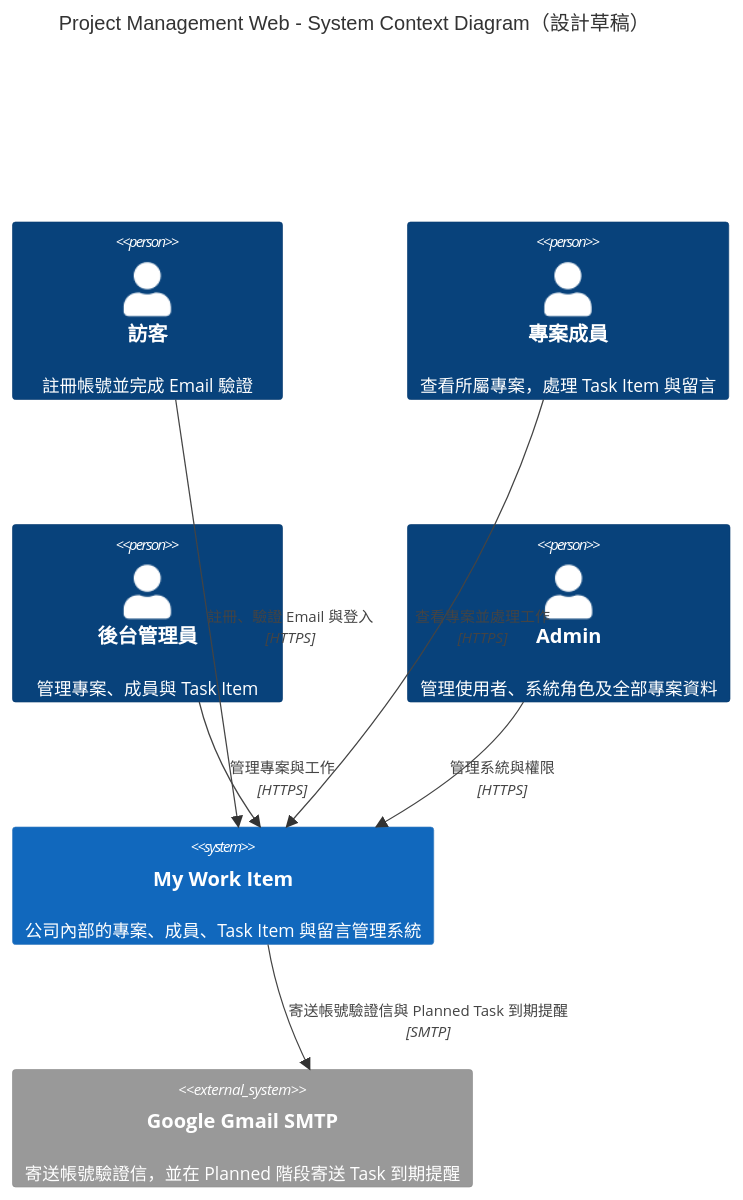
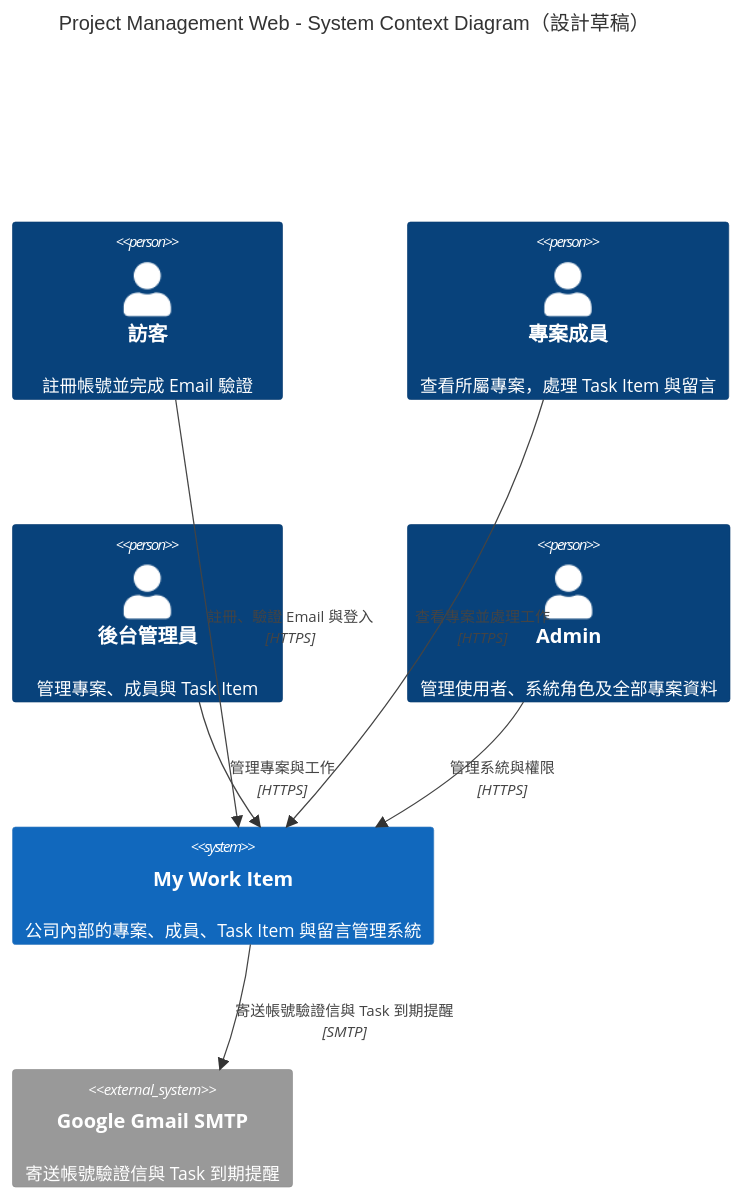
One commit to JJDing-Louis/ProjectManagementWeb_Spec changed the diagram in C4/ProjectManagementWeb_Level1_Context.mmd. Above: the diagram before and after it, drawn with Mermaid. The commit also changed 13 other files, not shown here.

```diff
--- a/C4/ProjectManagementWeb_Level1_Context.mmd
+++ b/C4/ProjectManagementWeb_Level1_Context.mmd
@@ -1,18 +1,18 @@
 C4Context
     title Project Management Web - System Context Diagram（設計草稿）
 
     Person(visitor, "訪客", "註冊帳號並完成 Email 驗證")
     Person(member, "專案成員", "查看所屬專案，處理 Task Item 與留言")
     Person(administrator, "後台管理員", "管理專案、成員與 Task Item")
     Person(admin, "Admin", "管理使用者、系統角色及全部專案資料")
 
     System(myWorkItem, "My Work Item", "公司內部的專案、成員、Task Item 與留言管理系統")
-    System_Ext(emailService, "Google Gmail SMTP", "寄送帳號驗證信，並在 Planned 階段寄送 Task 到期提醒")
+    System_Ext(emailService, "Google Gmail SMTP", "寄送帳號驗證信與 Task 到期提醒")
 
     Rel(visitor, myWorkItem, "註冊、驗證 Email 與登入", "HTTPS")
     Rel(member, myWorkItem, "查看專案並處理工作", "HTTPS")
     Rel(administrator, myWorkItem, "管理專案與工作", "HTTPS")
     Rel(admin, myWorkItem, "管理系統與權限", "HTTPS")
-    Rel(myWorkItem, emailService, "寄送帳號驗證信與 Planned Task 到期提醒", "SMTP")
+    Rel(myWorkItem, emailService, "寄送帳號驗證信與 Task 到期提醒", "SMTP")
 
     UpdateLayoutConfig($c4ShapeInRow="3", $c4BoundaryInRow="1")
```
